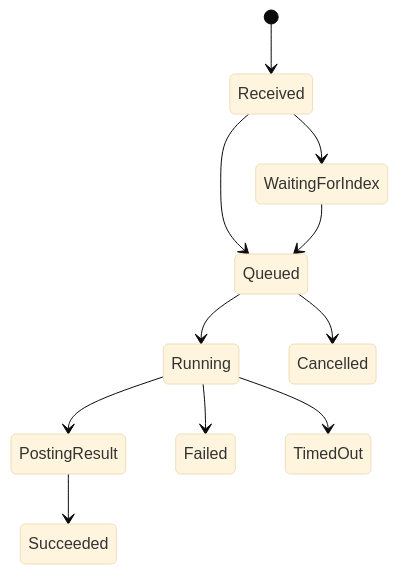
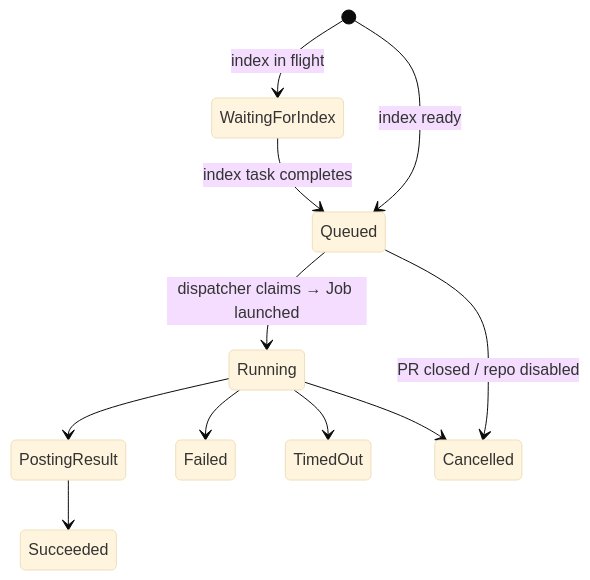
Before and after one commit to vymalo/lightbridge-code-intelligence: the second of 2 diagrams in docs/github-app-and-control-plane.md, drawn with Mermaid (base theme). The commit also changed other lines of this file and 14 other files, not shown here.

First line of the commit message:
docs: refresh core docs to the current architecture (native agent, two-tier, SAST, reconciler) (#238)

````diff
--- a/docs/github-app-and-control-plane.md
+++ b/docs/github-app-and-control-plane.md
@@ -166,13 +261,13 @@
 ```mermaid
 stateDiagram-v2
-  [*] --> Received
-  Received --> WaitingForIndex
-  Received --> Queued
-  WaitingForIndex --> Queued
-  Queued --> Running
+  [*] --> WaitingForIndex: index in flight
+  [*] --> Queued: index ready
+  WaitingForIndex --> Queued: index task completes
+  Queued --> Running: dispatcher claims → Job launched
   Running --> PostingResult
   PostingResult --> Succeeded
   Running --> Failed
   Running --> TimedOut
-  Queued --> Cancelled
+  Queued --> Cancelled: PR closed / repo disabled
+  Running --> Cancelled
 ```
````
